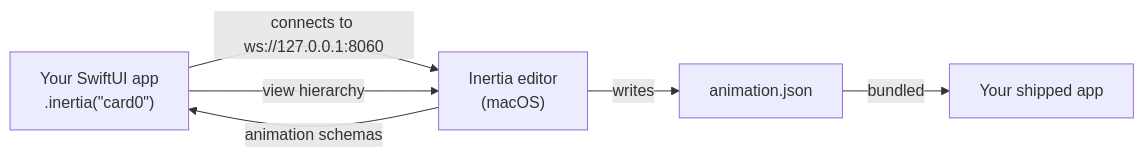
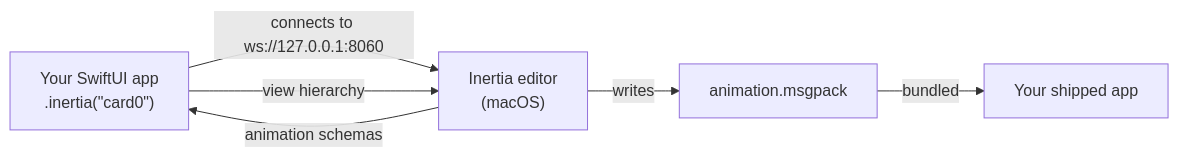
Before and after one commit to hpennington/Inertia: the diagram in user_guides/diagrams/architecture.mmd, drawn with Mermaid. The commit also changed 40 other files, not shown here.

```diff
--- a/user_guides/diagrams/architecture.mmd
+++ b/user_guides/diagrams/architecture.mmd
@@ -1,6 +1,6 @@
 flowchart LR
     A["Your SwiftUI app<br/>.inertia(#quot;card0#quot;)"] -->|"connects to ws://127.0.0.1:8060"| B["Inertia editor<br/>(macOS)"]
     A -->|"view hierarchy"| B
     B -->|"animation schemas"| A
-    B -->|"writes"| C["animation.json"]
+    B -->|"writes"| C["animation.msgpack"]
     C -->|"bundled"| D["Your shipped app"]
```
